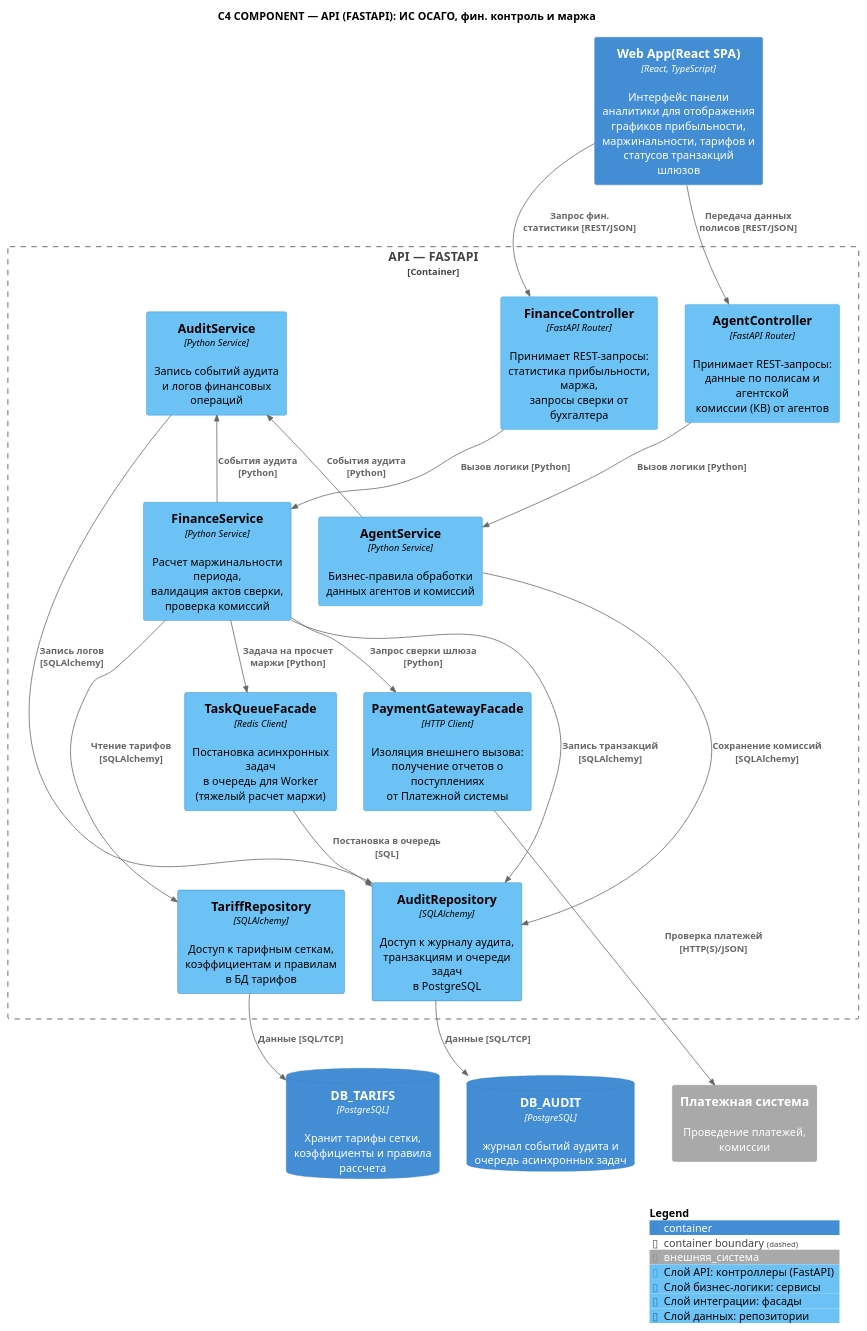
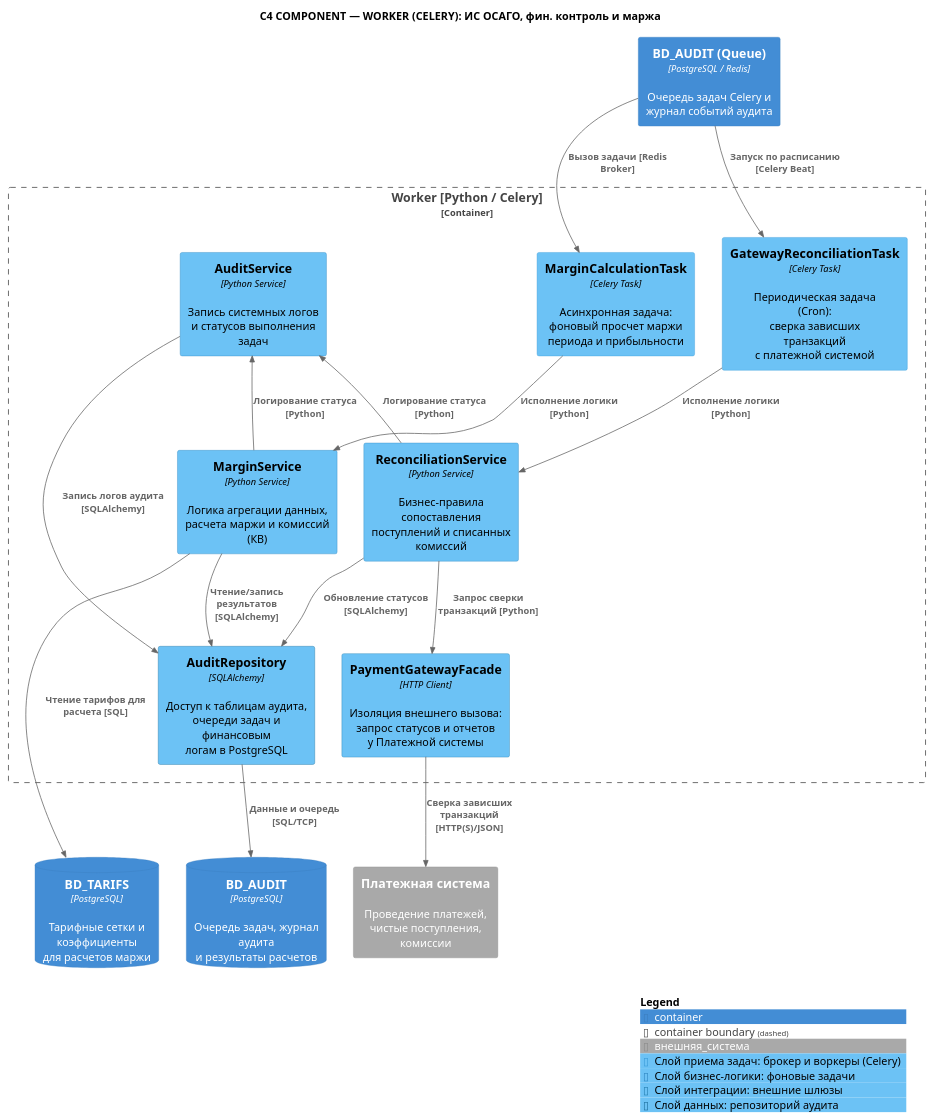
The diagram in docs_and_diagrams/Misha/component.puml (ElectricLight-ELO/Insurance-system), drawn with PlantUML before and after one commit.

Commit message:
MichaelGiraffee componental
my component diagram

```diff
--- a/docs_and_diagrams/Misha/component.puml
+++ b/docs_and_diagrams/Misha/component.puml
@@ -1,124 +1,111 @@
 @startuml
 !include https://raw.githubusercontent.com/plantuml-stdlib/C4-PlantUML/master/C4_Component.puml
 
-title C4 COMPONENT — API (FASTAPI): ИС ОСАГО, фин. контроль и маржа
+title C4 COMPONENT — WORKER (CELERY): ИС ОСАГО, фин. контроль и маржа
 
 AddSystemTag("внешняя_система", $bgColor="#A9A9A9", $borderColor="#8A8A8A", $fontColor="#FFFFFF")
 
-AddComponentTag("api", $bgColor="#6cc2f5", $borderColor="#3A9BD8", $fontColor="#000000", $legendText="Слой API: контроллеры (FastAPI)")
-AddComponentTag("service", $bgColor="#6cc2f5", $borderColor="#2E86C1", $fontColor="#000000", $legendText="Слой бизнес-логики: сервисы")
-AddComponentTag("integration", $bgColor="#6cc2f5", $borderColor="#247FB0", $fontColor="#000000", $legendText="Слой интеграции: фасады")
-AddComponentTag("data", $bgColor="#6cc2f5", $borderColor="#1B6E9C", $fontColor="#000000", $legendText="Слой данных: репозитории")
+AddComponentTag("consumer", $bgColor="#6cc2f5", $borderColor="#3A9BD8", $fontColor="#000000", $legendText="Слой приема задач: брокер и воркеры (Celery)")
+AddComponentTag("service", $bgColor="#6cc2f5", $borderColor="#2E86C1", $fontColor="#000000", $legendText="Слой бизнес-логики: фоновые задачи")
+AddComponentTag("integration", $bgColor="#6cc2f5", $borderColor="#247FB0", $fontColor="#000000", $legendText="Слой интеграции: внешние шлюзы")
+AddComponentTag("data", $bgColor="#6cc2f5", $borderColor="#1B6E9C", $fontColor="#000000", $legendText="Слой данных: репозиторий аудита")
 
-Container(web_app, "Web App(React SPA)", "React, TypeScript", "Интерфейс панели аналитики для отображения графиков прибыльности, маржинальности, тарифов и статусов транзакций шлюзов")
+Container(queue_db, "BD_AUDIT (Queue)", "PostgreSQL / Redis", "Очередь задач Celery и журнал событий аудита")
 
-Container_Boundary(api, "API — FASTAPI") {
+Container_Boundary(worker, "Worker [Python / Celery]") {
 
-    ' --- Слой API / представления ---
+    ' --- Слой приема задач / consumers ---
     together {
-        Component(c_fin, "FinanceController", "FastAPI Router", "Принимает REST-запросы:\nстатистика прибыльности, маржа,\nзапросы сверки от бухгалтера", $tags="api")
-        Component(c_agent, "AgentController", "FastAPI Router", "Принимает REST-запросы:\nданные по полисам и агентской\nкомиссии (КВ) от агентов", $tags="api")
+        Component(c_margin, "MarginCalculationTask", "Celery Task", "Асинхронная задача:\nфоновый просчет маржи\nпериода и прибыльности", $tags="consumer")
+        Component(c_reconcile, "GatewayReconciliationTask", "Celery Task", "Периодическая задача (Cron):\nсверка зависших транзакций\nс платежной системой", $tags="consumer")
     }
 
     ' --- Слой бизнес-логики ---
     together {
-        Component(s_audit, "AuditService", "Python Service", "Запись событий аудита\nи логов финансовых операций", $tags="service")
-        Component(s_fin, "FinanceService", "Python Service", "Расчет маржинальности периода,\nвалидация актов сверки,\nпроверка комиссий", $tags="service")
-        Component(s_agent, "AgentService", "Python Service", "Бизнес-правила обработки\nданных агентов и комиссий", $tags="service")
+        Component(s_audit, "AuditService", "Python Service", "Запись системных логов\nи статусов выполнения задач", $tags="service")
+        Component(s_margin, "MarginService", "Python Service", "Логика агрегации данных,\nрасчета маржи и комиссий (КВ)", $tags="service")
+        Component(s_reconcile, "ReconciliationService", "Python Service", "Бизнес-правила сопоставления\nпоступлений и списанных комиссий", $tags="service")
     }
 
     ' --- Слой интеграции ---
     together {
-        Component(f_task, "TaskQueueFacade", "Redis Client", "Постановка асинхронных задач\nв очередь для Worker\n(тяжелый расчет маржи)", $tags="integration")
-        Component(f_pay, "PaymentGatewayFacade", "HTTP Client", "Изоляция внешнего вызова:\nполучение отчетов о поступлениях\nот Платежной системы", $tags="integration")
+        Component(f_pay, "PaymentGatewayFacade", "HTTP Client", "Изоляция внешнего вызова:\nзапрос статусов и отчетов\nу Платежной системы", $tags="integration")
     }
 
     ' --- Слой доступа к данным ---
     together {
-        Component(r_tarifs, "TariffRepository", "SQLAlchemy", "Доступ к тарифным сеткам,\nкоэффициентам и правилам\nв БД тарифов", $tags="data")
-        Component(r_audit, "AuditRepository", "SQLAlchemy", "Доступ к журналу аудита,\nтранзакциям и очереди задач\nв PostgreSQL", $tags="data")
+        Component(r_audit, "AuditRepository", "SQLAlchemy", "Доступ к таблицам аудита,\nочереди задач и финансовым\nлогам в PostgreSQL", $tags="data")
     }
 }
 
 ' === ВНЕШНИЕ СИСТЕМЫ И БД (СНИЗУ) ===
 together {
-    ContainerDb(db_tarifs, "DB_TARIFS", "PostgreSQL", "Хранит тарифы сетки, коэффициенты и правила рассчета")
-    ContainerDb(db_audit, "DB_AUDIT", "PostgreSQL", "журнал событий аудита и очередь асинхронных задач")
+    ContainerDb(db_audit, "BD_AUDIT", "PostgreSQL", "Очередь задач, журнал аудита\nи результаты расчетов")
+    ContainerDb(db_tarifs, "BD_TARIFS", "PostgreSQL", "Тарифные сетки и коэффициенты\nдля расчетов маржи")
 }
 together {
-    System_Ext(payment_sys, "Платежная система", "Проведение платежей, комиссии", $tags="внешняя_система")
+    System_Ext(payment_sys, "Платежная система", "Проведение платежей, чистые поступления, комиссии", $tags="внешняя_система")
 }
 
 ' === СВЯЗИ (RELATIONSHIPS) ===
 
-' Web App -> Контроллеры
-Rel(web_app, c_fin, "Запрос фин. статистики [REST/JSON]")
-Rel(web_app, c_agent, "Передача данных полисов [REST/JSON]")
+' Очередь -> Задачи воркера
+Rel(queue_db, c_margin, "Вызов задачи [Redis Broker]")
+Rel(queue_db, c_reconcile, "Запуск по расписанию [Celery Beat]")
 
-' Контроллеры -> Сервисы
-Rel(c_fin, s_fin, "Вызов логики [Python]")
-Rel(c_agent, s_agent, "Вызов логики [Python]")
+' Задачи -> Сервисы
+Rel(c_margin, s_margin, "Исполнение логики [Python]")
+Rel(c_reconcile, s_reconcile, "Исполнение логики [Python]")
 
 ' Сервисы -> Аудит
-Rel(s_fin, s_audit, "События аудита [Python]")
-Rel(s_agent, s_audit, "События аудита [Python]")
+Rel(s_margin, s_audit, "Логирование статуса [Python]")
+Rel(s_reconcile, s_audit, "Логирование статуса [Python]")
 
 ' Сервисы -> Фасады
-Rel(s_fin, f_task, "Задача на просчет маржи [Python]")
-Rel(s_fin, f_pay, "Запрос сверки шлюза [Python]")
+Rel(s_reconcile, f_pay, "Запрос сверки транзакций [Python]")
 
 ' Сервисы -> Репозитории
-Rel(s_fin, r_tarifs, "Чтение тарифов [SQLAlchemy]")
-Rel(s_fin, r_audit, "Запись транзакций [SQLAlchemy]")
-Rel(s_agent, r_audit, "Сохранение комиссий [SQLAlchemy]")
-Rel(s_audit, r_audit, "Запись логов [SQLAlchemy]")
-
-' Фасад -> Репозиторий
-Rel(f_task, r_audit, "Постановка в очередь [SQL]")
+Rel(s_margin, r_audit, "Чтение/запись результатов [SQLAlchemy]")
+Rel(s_reconcile, r_audit, "Обновление статусов [SQLAlchemy]")
+Rel(s_audit, r_audit, "Запись логов аудита [SQLAlchemy]")
 
 ' Репозитории -> БД
-Rel(r_tarifs, db_tarifs, "Данные [SQL/TCP]")
-Rel(r_audit, db_audit, "Данные [SQL/TCP]")
+Rel(r_audit, db_audit, "Данные и очередь [SQL/TCP]")
+Rel(s_margin, db_tarifs, "Чтение тарифов для расчета [SQL]")
 
 ' Фасад -> Внешняя система
-Rel(f_pay, payment_sys, "Проверка платежей [HTTP(S)/JSON]")
+Rel(f_pay, payment_sys, "Сверка зависших транзакций [HTTP(S)/JSON]", $tags="пунктир")
 
 ' === УПРАВЛЕНИЕ LAYOUT (СКРЫТЫЕ СВЯЗИ) ===
 
-' 1. Выстраиваем контроллеры в ряд
-c_fin -[hidden]right- c_agent
+' 1. Выстраиваем задачи в ряд
+c_margin -[hidden]right- c_reconcile
 
 ' 2. Выстраиваем сервисы в ряд
-s_audit -[hidden]right- s_fin
-s_fin -[hidden]right- s_agent
+s_audit -[hidden]right- s_margin
+s_margin -[hidden]right- s_reconcile
 
 ' 3. Выстраиваем фасады в ряд
-f_task -[hidden]right- f_pay
+f_pay -[hidden]right- r_audit
 
-' 4. Выстраиваем репозитории в ряд
-r_tarifs -[hidden]right- r_audit
+' 4. Выстраиваем БД и внешние системы в ряд
+db_audit -[hidden]right- db_tarifs
+db_tarifs -[hidden]right- payment_sys
 
-' 5. Выстраиваем БД и внешние системы в ряд
-db_tarifs -[hidden]right- db_audit
-db_audit -[hidden]right- payment_sys
+' 5. Вертикальные связи слоев
+c_margin -[hidden]down- s_margin
+c_reconcile -[hidden]down- s_reconcile
 
-' 6. Вертикальные связи слоев
-c_fin -[hidden]down- s_fin
-c_agent -[hidden]down- s_agent
+s_margin -[hidden]down- f_pay
+s_reconcile -[hidden]down- r_audit
 
-s_fin -[hidden]down- f_task
-s_agent -[hidden]down- f_pay
+f_pay -[hidden]down- db_audit
+r_audit -[hidden]down- db_tarifs
 
-f_task -[hidden]down- r_tarifs
-f_pay -[hidden]down- r_audit
-
-r_tarifs -[hidden]down- db_tarifs
-r_audit -[hidden]down- db_audit
-
-web_app -[hidden]down- c_fin
-web_app -[hidden]down- c_agent
+queue_db -[hidden]down- c_margin
+queue_db -[hidden]down- c_reconcile
 
 ' === ЛЕГЕНДА ===
 SHOW_LEGEND()
 
 @enduml
```
